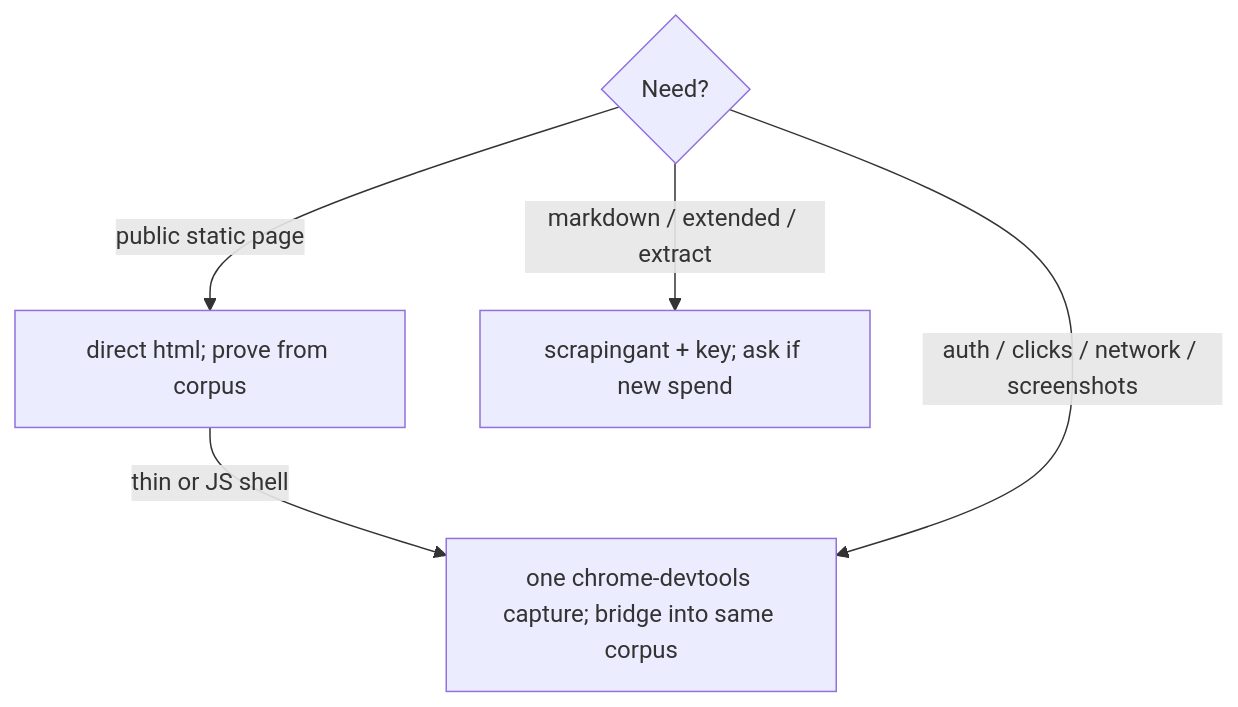
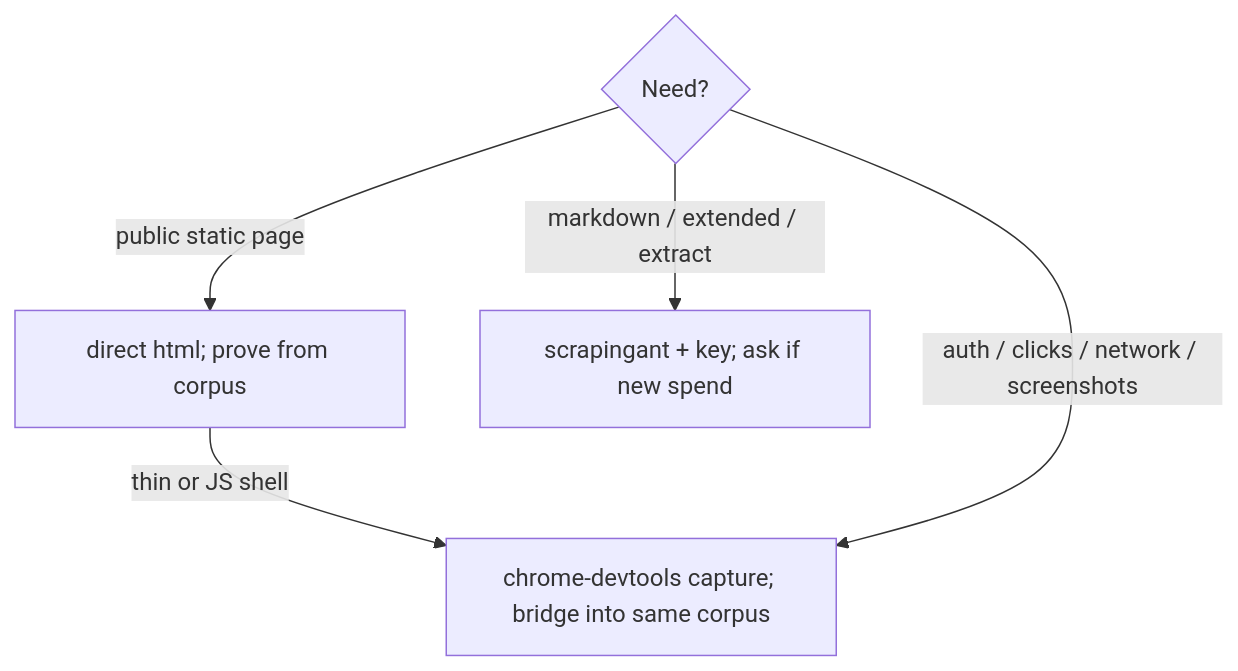
One commit to bgauryy/octocode changed the diagram in skills/octocode-scraping/references/route-selection.md. Above: the diagram before and after it, drawn with Mermaid. The commit also changed other lines of this file and 527 other files, not shown here.

````diff
--- a/skills/octocode-scraping/references/route-selection.md
+++ b/skills/octocode-scraping/references/route-selection.md
@@ -13,7 +15,7 @@
 ```mermaid
 flowchart TD
     Q{Need?} -- public static page --> D[direct html; prove from corpus]
-    D -- thin or JS shell --> C[one chrome-devtools capture; bridge into same corpus]
+    D -- thin or JS shell --> C[chrome-devtools capture; bridge into same corpus]
     Q -- auth / clicks / network / screenshots --> C
     Q -- markdown / extended / extract --> H[scrapingant + key; ask if new spend]
 ```
````
